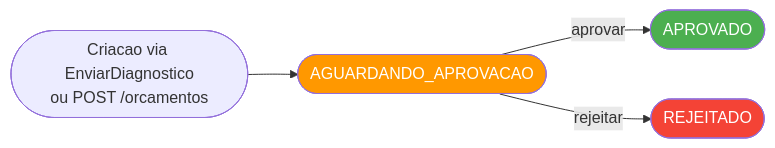
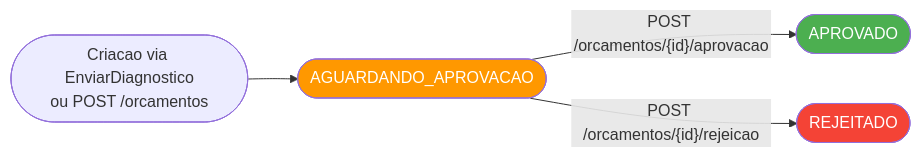
One commit to soat13-oficina/oficina-app changed the fifth of 8 diagrams in docs/fluxograma.md. Above: the diagram before and after it, drawn with Mermaid. The commit also changed other lines of this file, not shown here.

````diff
--- a/docs/fluxograma.md
+++ b/docs/fluxograma.md
@@ -121,10 +154,10 @@
 ```mermaid
 flowchart LR
     A(["Criacao via EnviarDiagnostico\nou POST /orcamentos"]) --> AGUA([AGUARDANDO_APROVACAO])
-    AGUA -->|aprovar| APR([APROVADO])
-    AGUA -->|rejeitar| REJ([REJEITADO])
+    AGUA -->|"POST /orcamentos/{id}/aprovacao"| APR([APROVADO])
+    AGUA -->|"POST /orcamentos/{id}/rejeicao"| REJ([REJEITADO])
 
     style AGUA fill:#FF9800,color:#fff
     style APR fill:#4CAF50,color:#fff
     style REJ fill:#f44336,color:#fff
 ```
````
